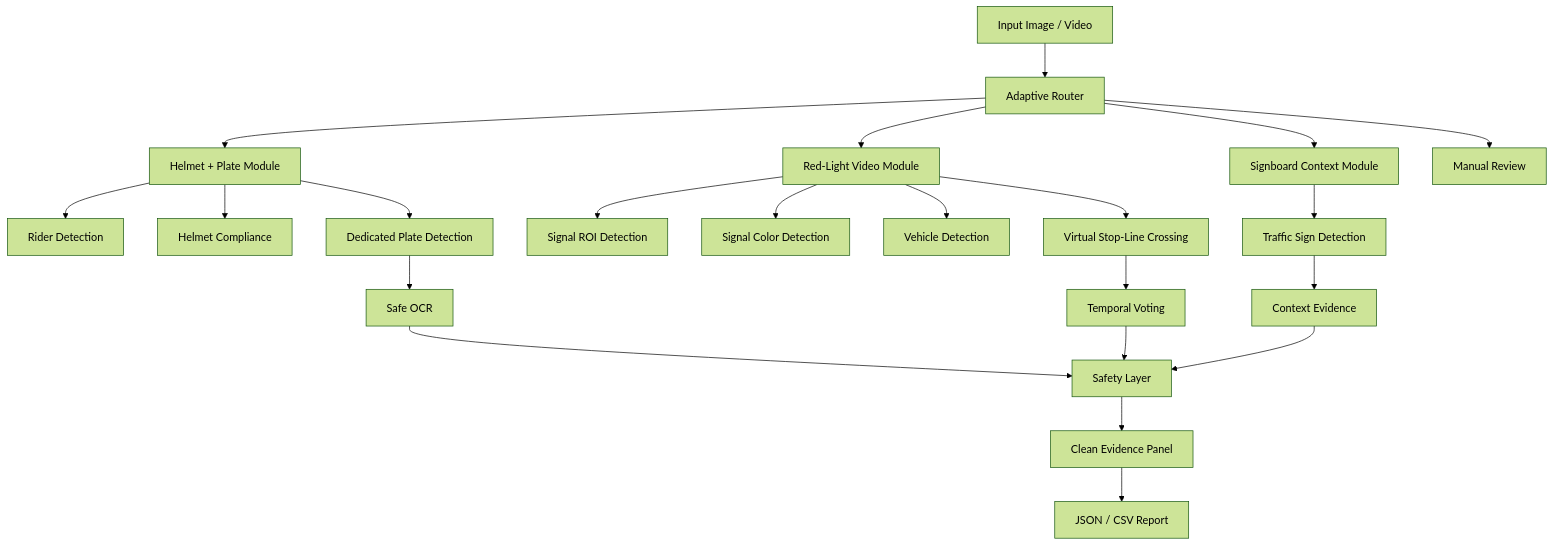
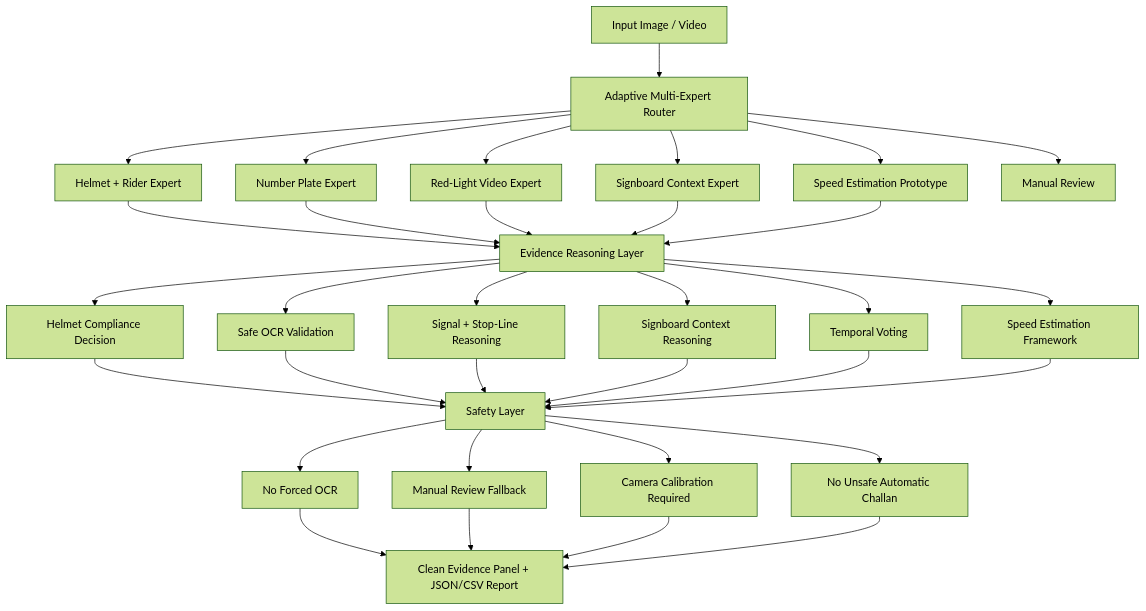
The diagram in architecture/architecture_mermaid.md (Hrithikcrick/ViolationIQ), drawn with Mermaid (forest theme) before and after one commit. The commit also changed other lines of this file and 1 other file, not shown here.

Commit message:
Replace README with complete project documentation

````diff
--- a/architecture/architecture_mermaid.md
+++ b/architecture/architecture_mermaid.md
@@ -3,24 +3,41 @@
 ```mermaid
 flowchart TD
-    A[Input Image / Video] --> B[Adaptive Router]
-    B --> C[Helmet + Plate Module]
-    B --> D[Red-Light Video Module]
-    B --> E[Signboard Context Module]
-    B --> F[Manual Review]
-    C --> C1[Rider Detection]
-    C --> C2[Helmet Compliance]
-    C --> C3[Dedicated Plate Detection]
-    C3 --> C4[Safe OCR]
-    D --> D1[Signal ROI Detection]
-    D --> D2[Signal Color Detection]
-    D --> D3[Vehicle Detection]
-    D --> D4[Virtual Stop-Line Crossing]
-    D4 --> D5[Temporal Voting]
-    E --> E1[Traffic Sign Detection]
-    E1 --> E2[Context Evidence]
-    C4 --> G[Safety Layer]
-    D5 --> G
-    E2 --> G
-    G --> H[Clean Evidence Panel]
-    H --> I[JSON / CSV Report]
+    A[Input Image / Video] --> B[Adaptive Multi-Expert Router]
+
+    B --> C[Helmet + Rider Expert]
+    B --> D[Number Plate Expert]
+    B --> E[Red-Light Video Expert]
+    B --> F[Signboard Context Expert]
+    B --> G[Speed Estimation Prototype]
+    B --> H[Manual Review]
+
+    C --> I[Evidence Reasoning Layer]
+    D --> I
+    E --> I
+    F --> I
+    G --> I
+
+    I --> J[Helmet Compliance Decision]
+    I --> K[Safe OCR Validation]
+    I --> L[Signal + Stop-Line Reasoning]
+    I --> M[Signboard Context Reasoning]
+    I --> N[Temporal Voting]
+    I --> O[Speed Estimation Framework]
+
+    J --> P[Safety Layer]
+    K --> P
+    L --> P
+    M --> P
+    N --> P
+    O --> P
+
+    P --> Q[No Forced OCR]
+    P --> R[Manual Review Fallback]
+    P --> S[Camera Calibration Required]
+    P --> T[No Unsafe Automatic Challan]
+
+    Q --> U[Clean Evidence Panel + JSON/CSV Report]
+    R --> U
+    S --> U
+    T --> U
 ```
````
